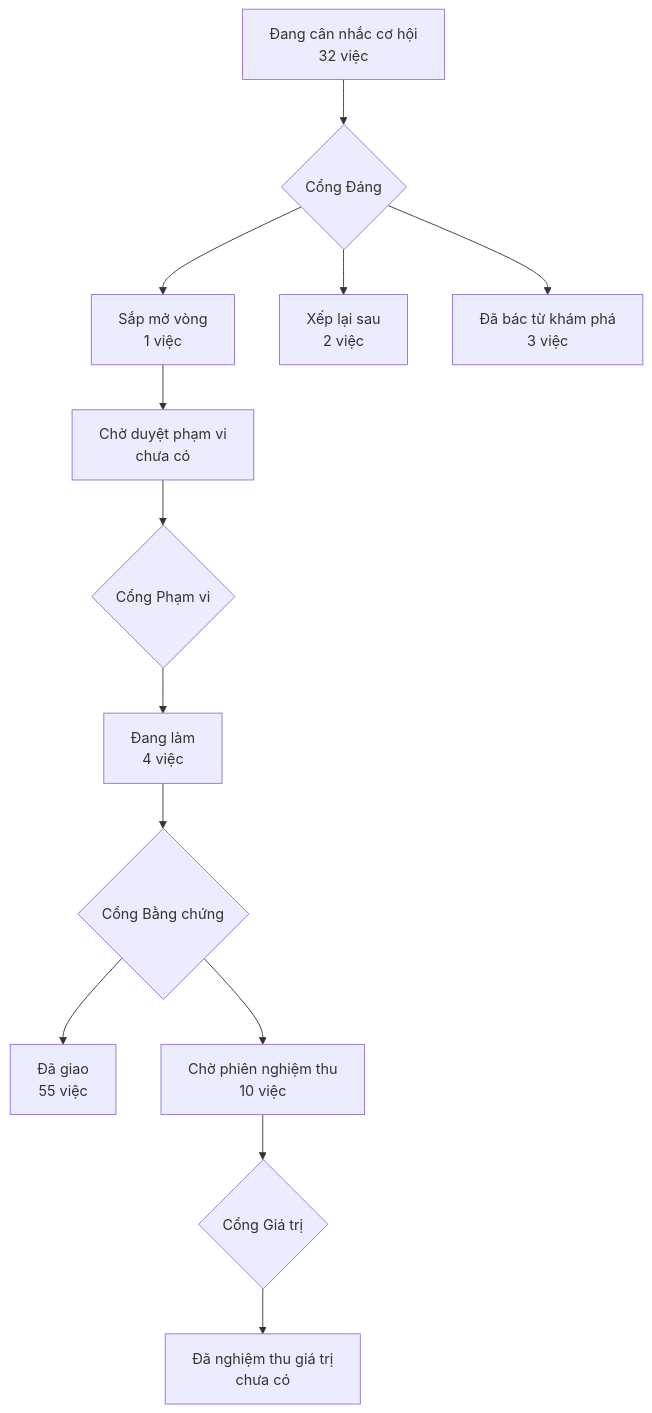
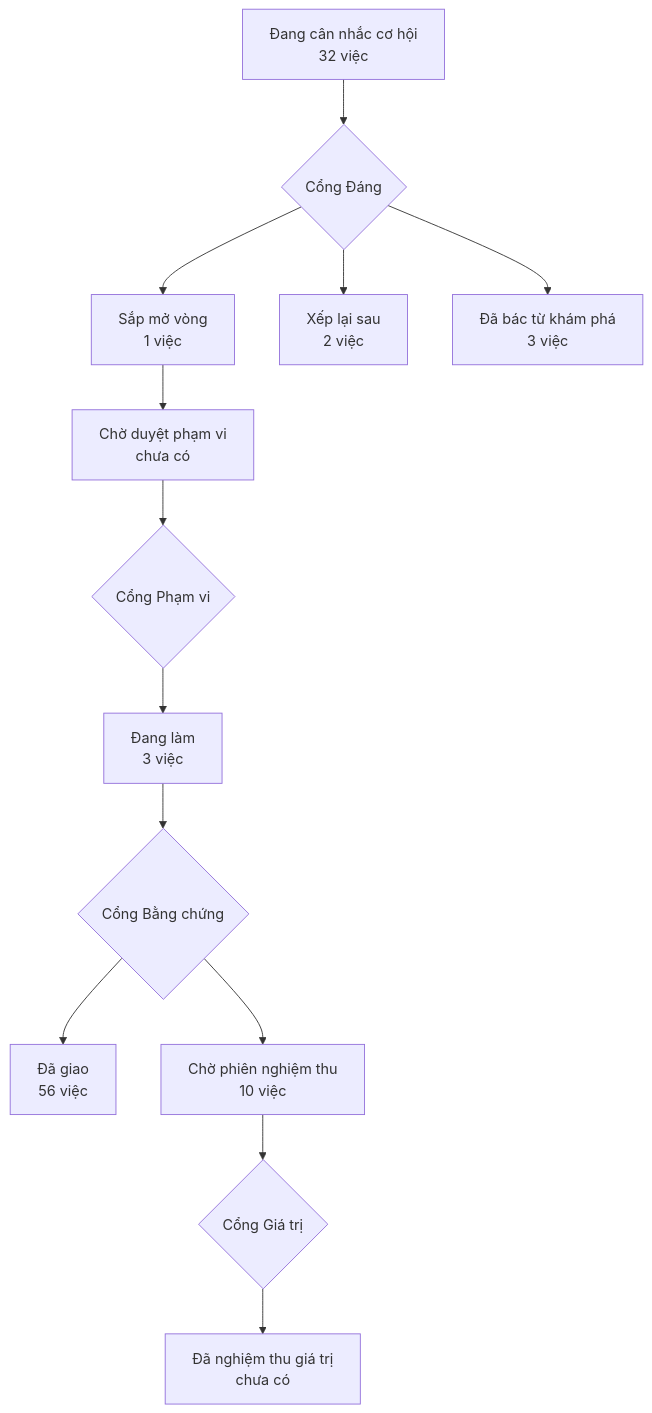
The diagram in PRODUCT-MAP.md (phanlemanh/acceptance-gate-kit), drawn with Mermaid before and after one commit. The commit also changed 4 other files, not shown here.

````diff
--- a/PRODUCT-MAP.md
+++ b/PRODUCT-MAP.md
@@ -6,12 +6,12 @@
 ```mermaid
 flowchart TD
   A["Đang cân nhắc cơ hội<br/>32 việc"] --> GD{"Cổng Đáng"}
   GD --> B["Sắp mở vòng<br/>1 việc"]
   GD --> XL["Xếp lại sau<br/>2 việc"]
   GD --> DB["Đã bác từ khám phá<br/>3 việc"]
   B --> CD["Chờ duyệt phạm vi<br/>chưa có"] --> GP{"Cổng Phạm vi"}
-  GP --> DL["Đang làm<br/>4 việc"] --> GB{"Cổng Bằng chứng"}
-  GB --> DG["Đã giao<br/>55 việc"]
+  GP --> DL["Đang làm<br/>3 việc"] --> GB{"Cổng Bằng chứng"}
+  GB --> DG["Đã giao<br/>56 việc"]
   GB --> CN["Chờ phiên nghiệm thu<br/>10 việc"] --> GG{"Cổng Giá trị"}
   GG --> NT["Đã nghiệm thu giá trị<br/>chưa có"]
 ```
````
